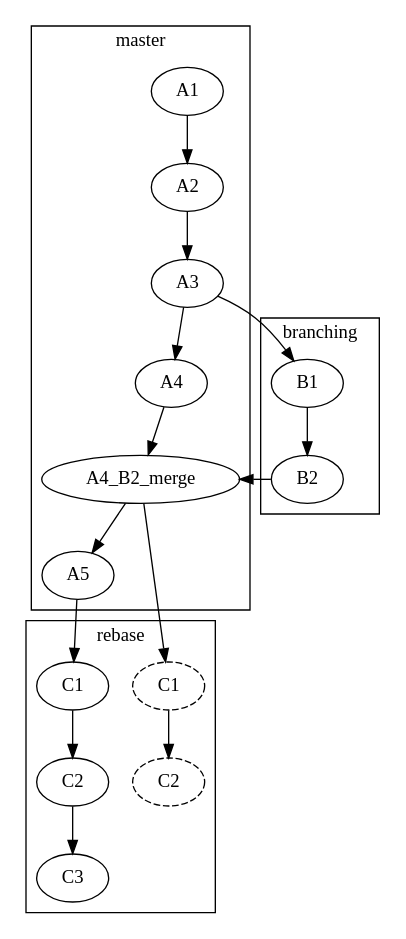
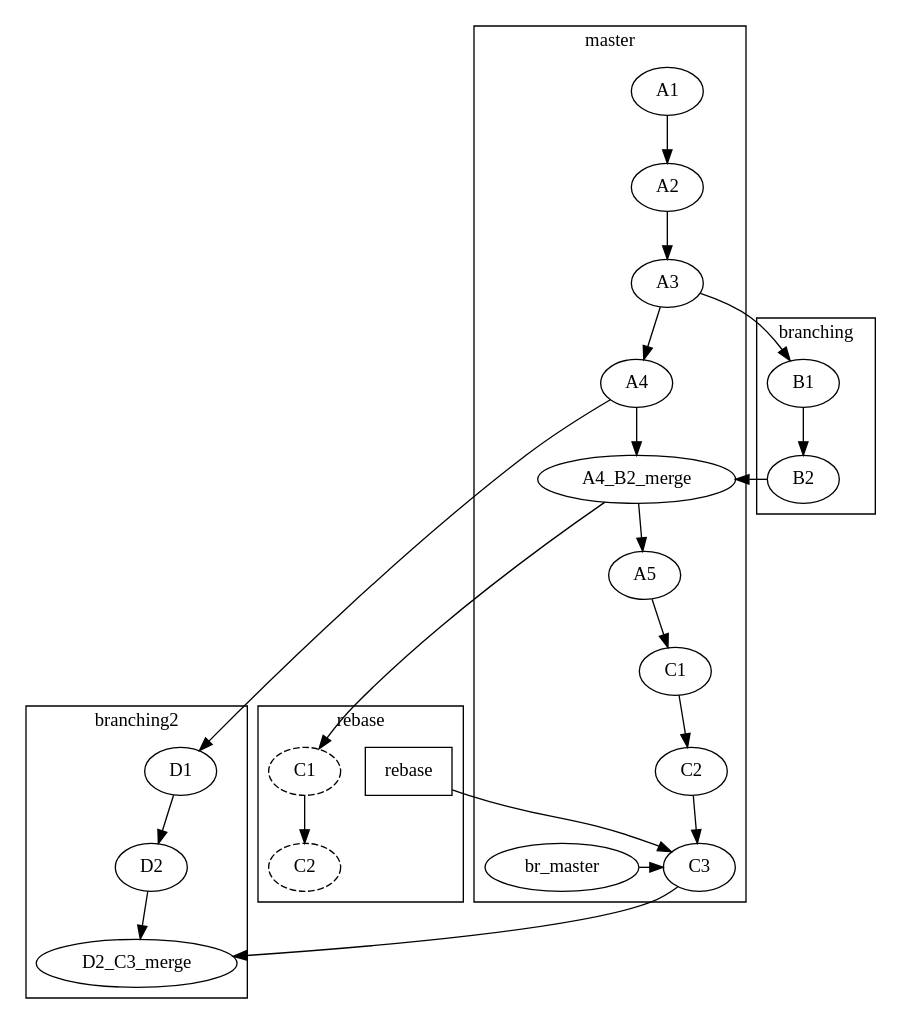
The diagram in tree.dot (java8-course/get-flow), drawn with Graphviz before and after one commit.

```diff
--- a/tree.dot
+++ b/tree.dot
@@ -1,38 +1,49 @@
 digraph tree {
     subgraph cluster_master {
         label="master"
         A1 -> A2 -> A3 -> A4 -> A4_B2_merge -> A5
         
+        C1_new [label="C1"]
+        C2_new [label="C2"]
+        C1_new -> C2_new -> C3
+        
 //         br_master [shape=rectangle; label="master"]
         
     //     br_master -> A1 [style=dashed]
     //     br_master -> A2 [style=dashed]
-//         br_master -> A5
+         br_master -> C3
 //         
-//         {rank=same; A5; br_master}
+         {rank=same; C3; br_master}
     }
     
     subgraph cluster_branching {
         label="branching"
         B1 -> B2
 //         br_branching [shape=rectangle; label="branching"]
 //         br_branching -> B2
 //         {rank=same; B2; br_branching}
     }
     
     A3 -> B1
     B2 -> A4_B2_merge
     
     subgraph cluster_rebase {
         label="rebase"
         C1 [style=dashed]
         C2 [style=dashed]
         C1 -> C2
-        C1_new [label="C1"]
-        C2_new [label="C2"]
-        C1_new -> C2_new -> C3
+        br_rebase[label="rebase"; shape="rectangle"]
     }
     
     A4_B2_merge -> C1
     A5 -> C1_new
+    br_rebase -> C3
+    
+    subgraph cluster_branching2 {
+        label="branching2"
+        D1 -> D2 -> D2_C3_merge
+    }
+    
+    A4 -> D1
+    C3 -> D2_C3_merge
 }
```
